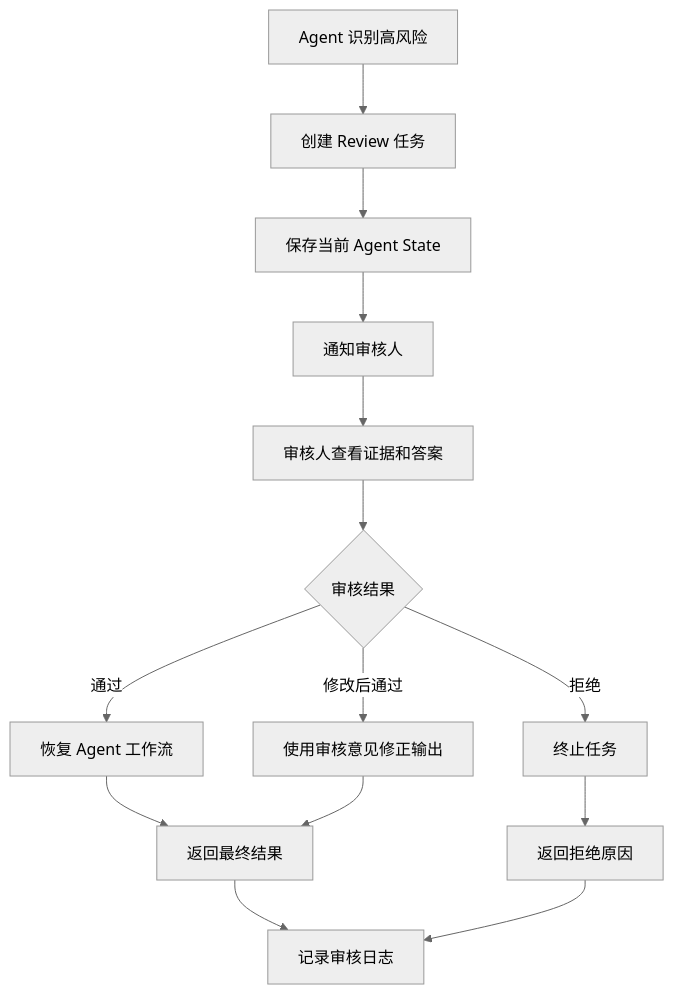
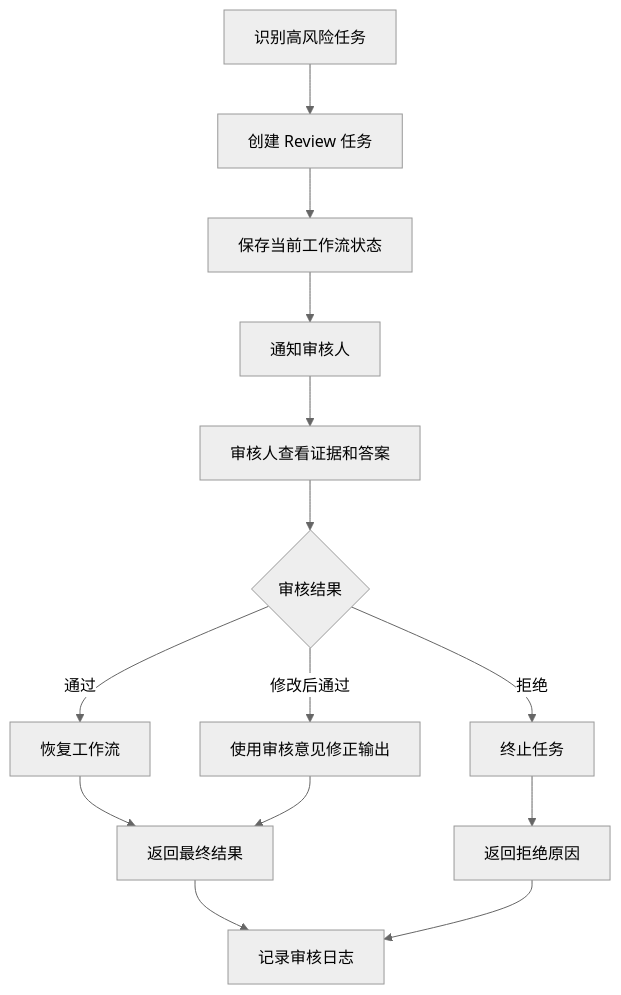
The sixth of 10 diagrams in docs/ARCHITECTURE.md (zhangzhijin1018/enterprise-knowledge-agentic-rag), drawn with Mermaid (neutral theme) before and after one commit. The commit also changed other lines of this file and 4 other files, not shown here.

````diff
--- a/docs/ARCHITECTURE.md
+++ b/docs/ARCHITECTURE.md
@@ -804,16 +1180,16 @@
 ```mermaid
 flowchart TD
-    A[Agent 识别高风险] --> B[创建 Review 任务]
-    B --> C[保存当前 Agent State]
+    A[识别高风险任务] --> B[创建 Review 任务]
+    B --> C[保存当前工作流状态]
     C --> D[通知审核人]
     D --> E[审核人查看证据和答案]
     E --> F{审核结果}
-    F -->|通过| G[恢复 Agent 工作流]
+    F -->|通过| G[恢复工作流]
     F -->|修改后通过| H[使用审核意见修正输出]
     F -->|拒绝| I[终止任务]
     G --> J[返回最终结果]
     H --> J
     I --> K[返回拒绝原因]
     J --> L[记录审核日志]
     K --> L
 ```
````
